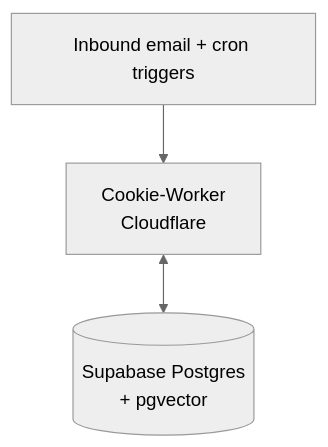
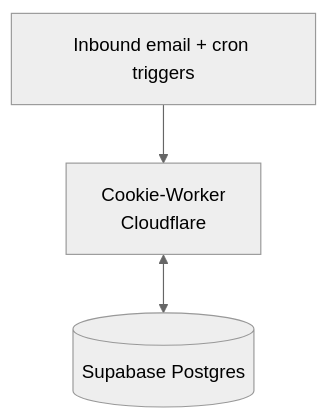
One commit to allistera/Cookie-Docs changed the second of 7 diagrams in docs/01-architecture.mdx. Above: the diagram before and after it, drawn with Mermaid (neutral theme). The commit also changed other lines of this file and 6 other files, not shown here.

````diff
--- a/docs/01-architecture.mdx
+++ b/docs/01-architecture.mdx
@@ -33,5 +33,5 @@
 ```mermaid
 flowchart TB
     Triggers["Inbound email + cron triggers"] --> Worker["Cookie-Worker<br/>Cloudflare"]
-    Worker <--> DB[("Supabase Postgres<br/>+ pgvector")]
+    Worker <--> DB[("Supabase Postgres")]
 ```
````
